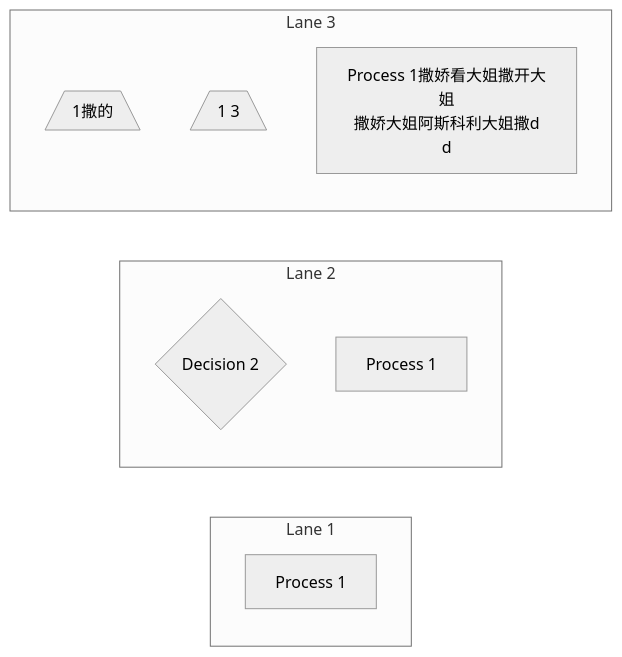
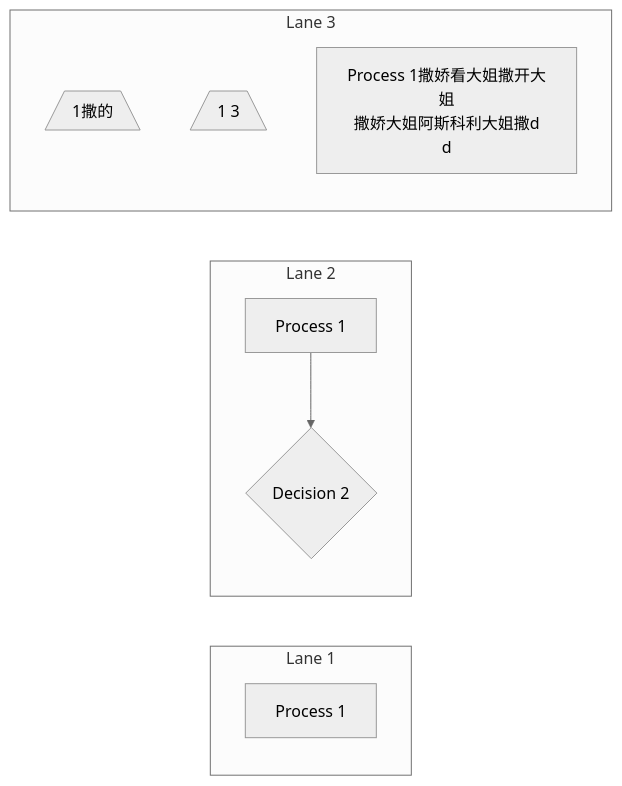
The diagram in mmd/1234_11d49e6a-0c1b-4df3-b4f5-9ab289d58d01.mmd (pingpm/mermaid_vault), drawn with Mermaid (neutral theme) before and after one commit. The commit also changed 2 other files, not shown here.

Commit message:
Sync Mermaid Studio data (15 diagrams)

```diff
--- a/mmd/1234_11d49e6a-0c1b-4df3-b4f5-9ab289d58d01.mmd
+++ b/mmd/1234_11d49e6a-0c1b-4df3-b4f5-9ab289d58d01.mmd
@@ -1,13 +1,14 @@
 flowchart LR
   subgraph lane_0["Lane 1"]
     t_0["Process 1"]
   end
   subgraph lane_1["Lane 2"]
-    t_1{"Decision 2"}
-    t_2["Process 1"]
+    t_1["Process 1"]
+    t_2{"Decision 2"}
   end
   subgraph lane_2["Lane 3"]
     t_3[/"1撒的"\]
     t_4[/"1 3"\]
     t_5["Process 1撒娇看大姐撒开大姐<br/>撒娇大姐阿斯科利大姐撒d<br/>d"]
   end
+  t_1 --> t_2
```
